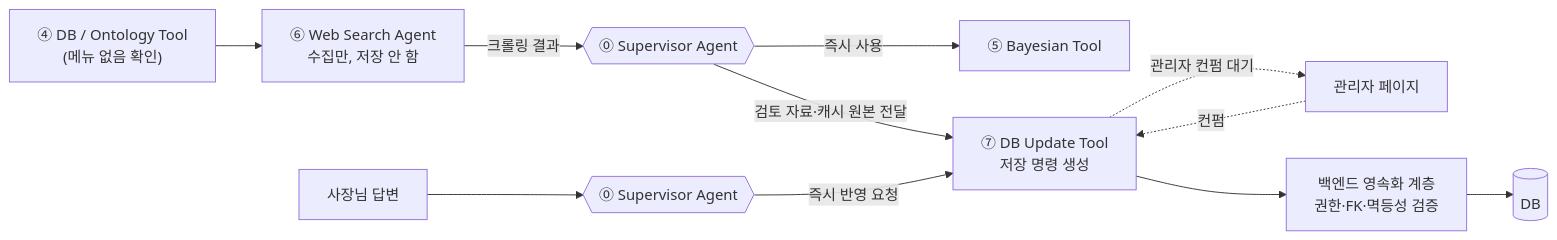
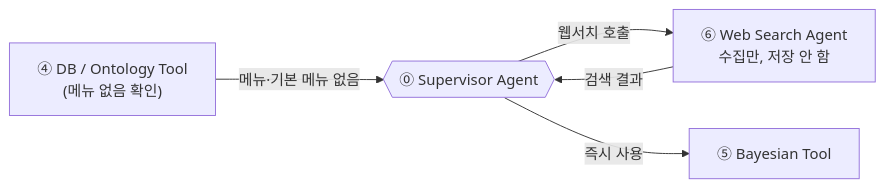
The first of 2 diagrams in docs/agent-6-websearch.md (Han-Spoon/ai), drawn with Mermaid before and after one commit. The commit also changed other lines of this file, not shown here.

Commit message:
docs(websearch): align contract and search rules

````diff
--- a/docs/agent-6-websearch.md
+++ b/docs/agent-6-websearch.md
@@ -27,15 +27,7 @@
 ```mermaid
 graph LR
-    ONTO["④ DB / Ontology Tool<br/>(메뉴 없음 확인)"] --> WEB["⑥ Web Search Agent<br/>수집만, 저장 안 함"]
-    WEB -->|"크롤링 결과"| SUP1{{⓪ Supervisor Agent}}
+    ONTO["④ DB / Ontology Tool<br/>(메뉴 없음 확인)"] -->|"메뉴·기본 메뉴 없음"| SUP1{{⓪ Supervisor Agent}}
+    SUP1 -->|"웹서치 호출"| WEB["⑥ Web Search Agent<br/>수집만, 저장 안 함"]
+    WEB -->|"검색 결과"| SUP1
     SUP1 -->|"즉시 사용"| BAYES["⑤ Bayesian Tool"]
-    SUP1 -->|"검토 자료·캐시 원본 전달"| DBUP["⑦ DB Update Tool<br/>저장 명령 생성"]
-
-    OWNER["사장님 답변"] --> SUP2{{⓪ Supervisor Agent}}
-    SUP2 -->|"즉시 반영 요청"| DBUP
-
-    DBUP -.관리자 컨펌 대기.-> ADMIN[관리자 페이지]
-    ADMIN -.컨펌.-> DBUP
-    DBUP --> API["백엔드 영속화 계층<br/>권한·FK·멱등성 검증"]
-    API --> DB[(DB)]
 ```
````
